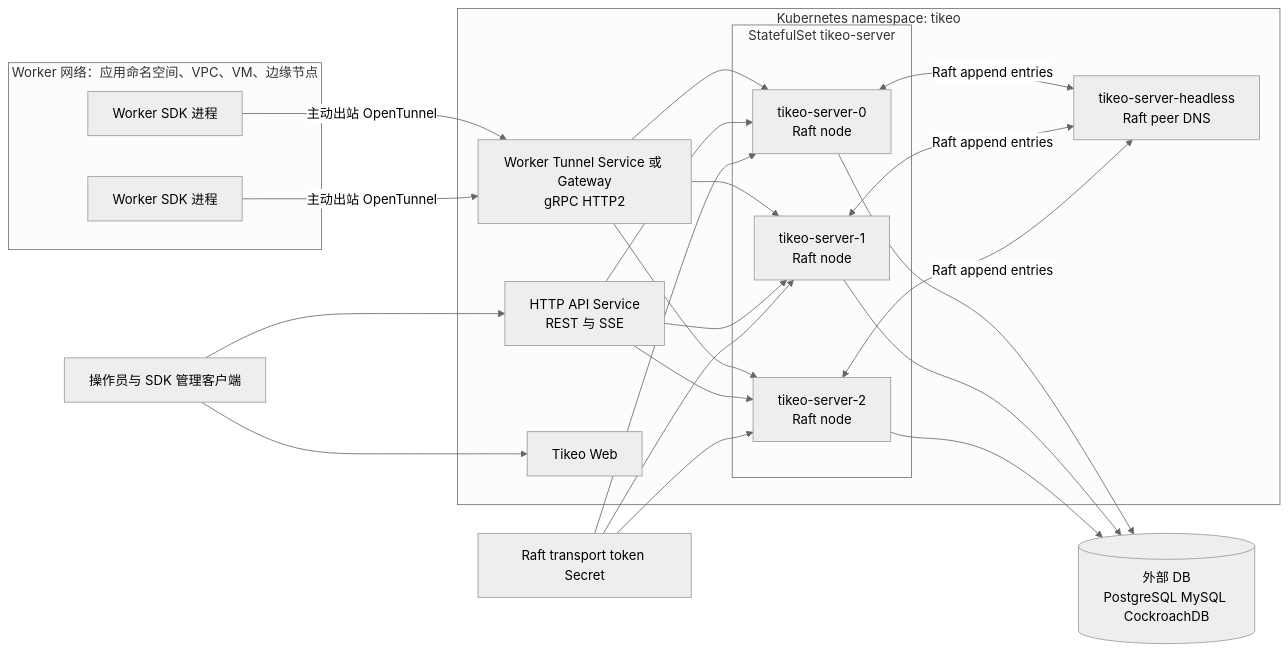
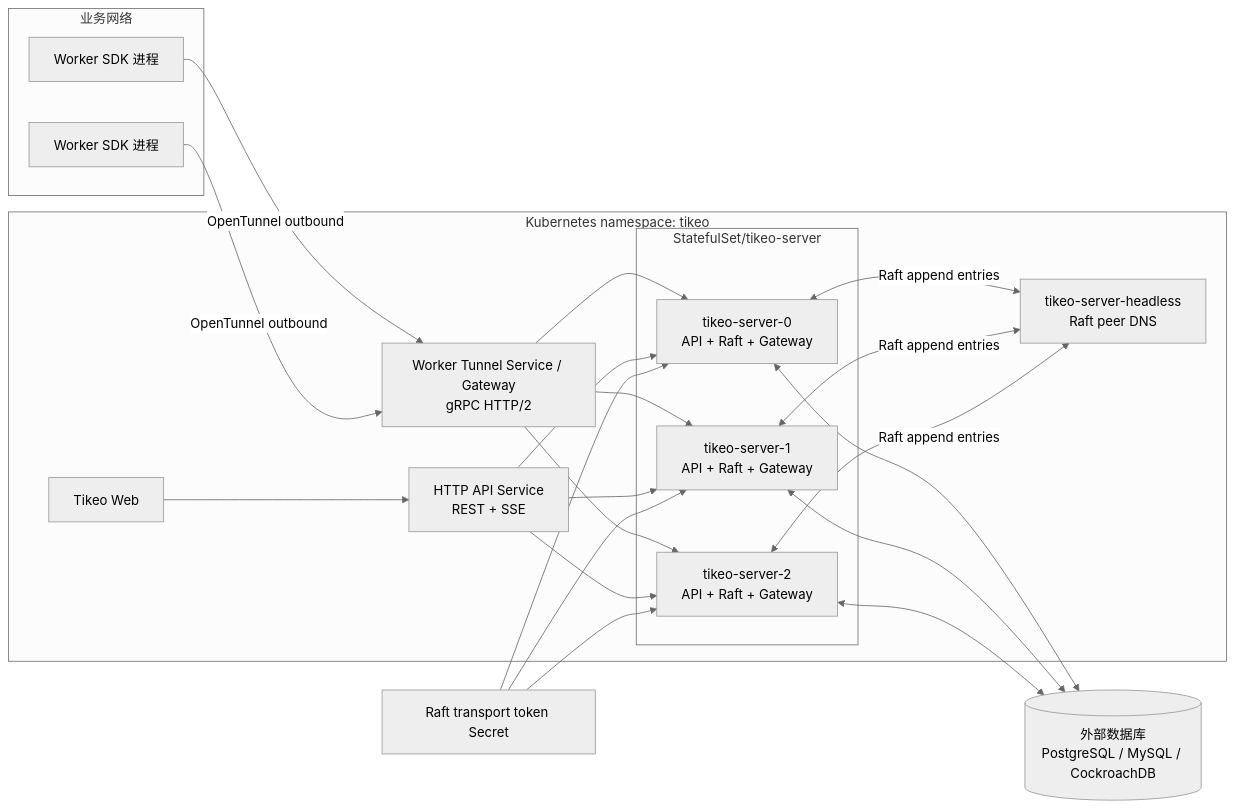
Before and after one commit to yhyzgn/tikeo: the first of 4 diagrams in docs/i18n/zh-CN/docusaurus-plugin-content-docs/current/deployment/server-ha.md, drawn with Mermaid (neutral theme). The commit also changed other lines of this file and 13 other files, not shown here.

````diff
--- a/docs/i18n/zh-CN/docusaurus-plugin-content-docs/current/deployment/server-ha.md
+++ b/docs/i18n/zh-CN/docusaurus-plugin-content-docs/current/deployment/server-ha.md
@@ -15,52 +15,49 @@
 ```mermaid
 flowchart LR
-  subgraph WorkerNetworks[Worker 网络：应用命名空间、VPC、VM、边缘节点]
+  subgraph Workers[业务网络]
     W1[Worker SDK 进程]
     W2[Worker SDK 进程]
   end
 
   subgraph K8s[Kubernetes namespace: tikeo]
-    WT[Worker Tunnel Service 或 Gateway
-gRPC HTTP2]
     API[HTTP API Service
-REST 与 SSE]
+REST + SSE]
+    WT[Worker Tunnel Service / Gateway
+gRPC HTTP/2]
     HS[tikeo-server-headless
 Raft peer DNS]
+    Web[Tikeo Web]
 
-    subgraph SS[StatefulSet tikeo-server]
+    subgraph SS[StatefulSet/tikeo-server]
       S0[tikeo-server-0
-Raft node]
+API + Raft + Gateway]
       S1[tikeo-server-1
-Raft node]
+API + Raft + Gateway]
       S2[tikeo-server-2
-Raft node]
+API + Raft + Gateway]
     end
-
-    Web[Tikeo Web]
   end
 
-  DB[(外部 DB
-PostgreSQL MySQL CockroachDB)]
+  DB[(外部数据库
+PostgreSQL / MySQL / CockroachDB)]
   Secret[Raft transport token Secret]
-  Human[操作员与 SDK 管理客户端]
 
-  W1 -->|主动出站 OpenTunnel| WT
-  W2 -->|主动出站 OpenTunnel| WT
+  W1 -->|OpenTunnel outbound| WT
+  W2 -->|OpenTunnel outbound| WT
   WT --> S0
   WT --> S1
   WT --> S2
-  Human --> API
-  Human --> Web
+  Web --> API
   API --> S0
   API --> S1
   API --> S2
   S0 <-->|Raft append entries| HS
   S1 <-->|Raft append entries| HS
   S2 <-->|Raft append entries| HS
-  S0 --> DB
-  S1 --> DB
-  S2 --> DB
+  S0 <--> DB
+  S1 <--> DB
+  S2 <--> DB
   Secret --> S0
   Secret --> S1
   Secret --> S2
 ```
````
